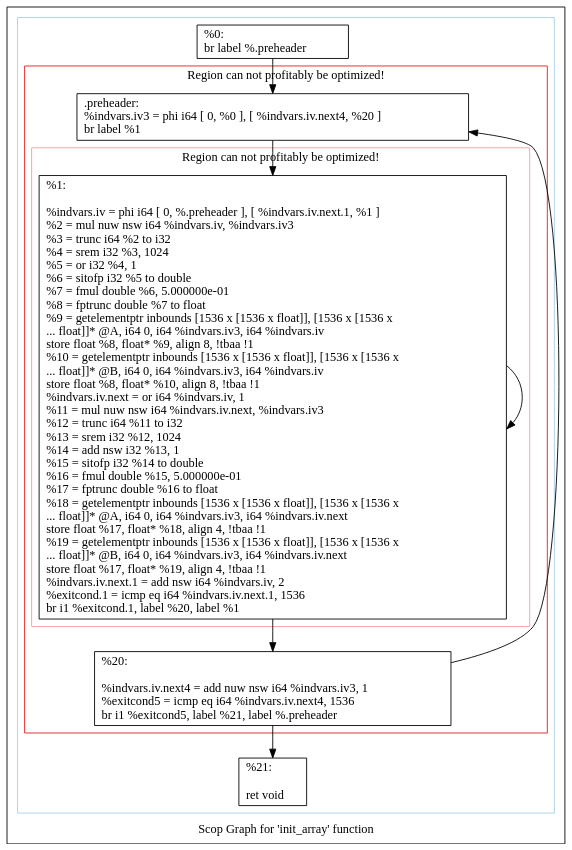
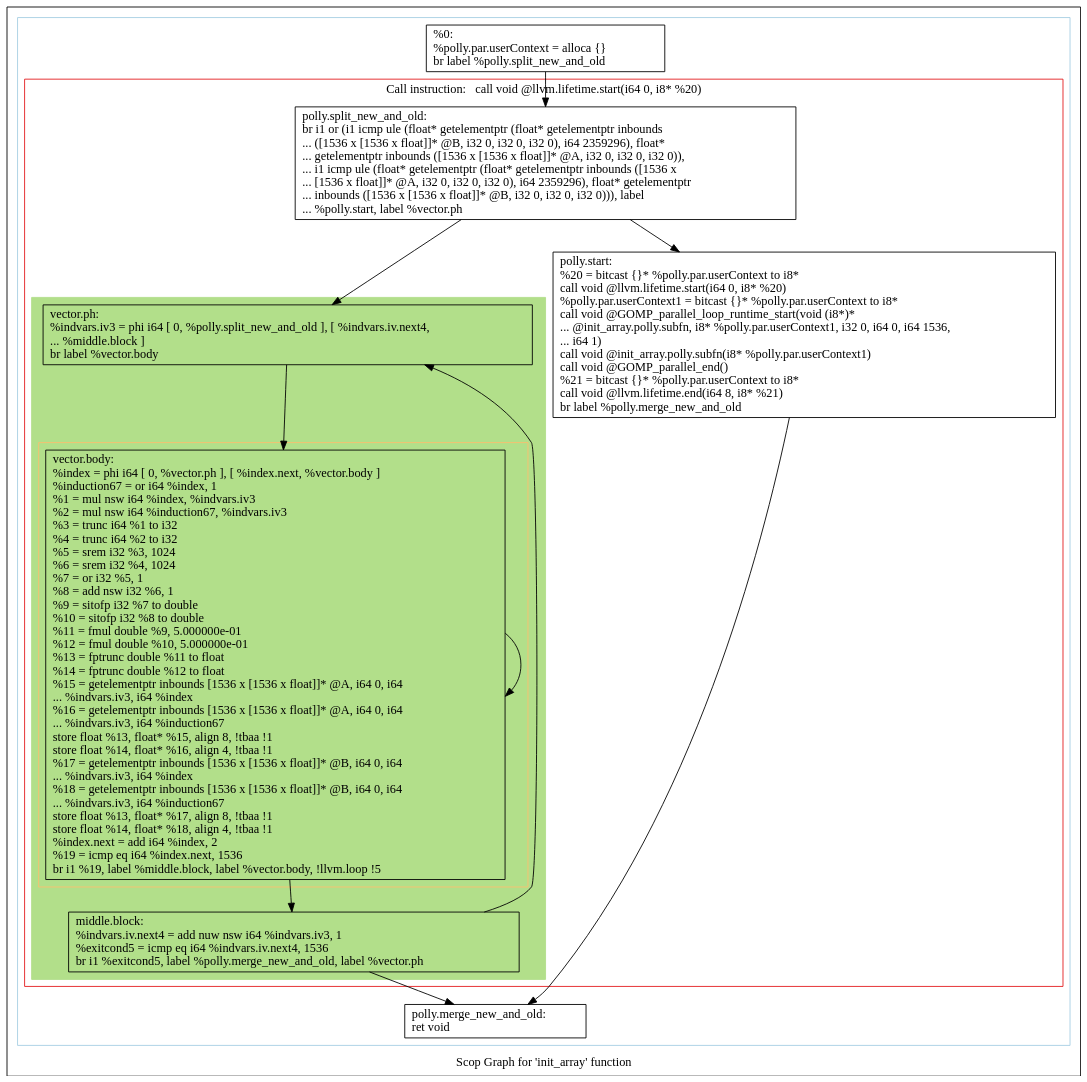
The diagram in matmul-polly/scops.init_array.dot (rogerioag/openmp-hook), drawn with Graphviz before and after one commit. The commit also changed 9 other files, not shown here.

```diff
--- a/matmul-polly/scops.init_array.dot
+++ b/matmul-polly/scops.init_array.dot
@@ -1,36 +1,47 @@
 digraph "Scop Graph for 'init_array' function" {
 	label="Scop Graph for 'init_array' function";
 
-	Node0x16244f0 [shape=record,label="{%0:\l  br label %.preheader\l}"];
-	Node0x16244f0 -> Node0x1624490;
-	Node0x1624490 [shape=record,label="{.preheader:                                       \l  %indvars.iv3 = phi i64 [ 0, %0 ], [ %indvars.iv.next4, %20 ]\l  br label %1\l}"];
-	Node0x1624490 -> Node0x1624b10;
-	Node0x1624b10 [shape=record,label="{%1:\l\l  %indvars.iv = phi i64 [ 0, %.preheader ], [ %indvars.iv.next.1, %1 ]\l  %2 = mul nuw nsw i64 %indvars.iv, %indvars.iv3\l  %3 = trunc i64 %2 to i32\l  %4 = srem i32 %3, 1024\l  %5 = or i32 %4, 1\l  %6 = sitofp i32 %5 to double\l  %7 = fmul double %6, 5.000000e-01\l  %8 = fptrunc double %7 to float\l  %9 = getelementptr inbounds [1536 x [1536 x float]], [1536 x [1536 x\l... float]]* @A, i64 0, i64 %indvars.iv3, i64 %indvars.iv\l  store float %8, float* %9, align 8, !tbaa !1\l  %10 = getelementptr inbounds [1536 x [1536 x float]], [1536 x [1536 x\l... float]]* @B, i64 0, i64 %indvars.iv3, i64 %indvars.iv\l  store float %8, float* %10, align 8, !tbaa !1\l  %indvars.iv.next = or i64 %indvars.iv, 1\l  %11 = mul nuw nsw i64 %indvars.iv.next, %indvars.iv3\l  %12 = trunc i64 %11 to i32\l  %13 = srem i32 %12, 1024\l  %14 = add nsw i32 %13, 1\l  %15 = sitofp i32 %14 to double\l  %16 = fmul double %15, 5.000000e-01\l  %17 = fptrunc double %16 to float\l  %18 = getelementptr inbounds [1536 x [1536 x float]], [1536 x [1536 x\l... float]]* @A, i64 0, i64 %indvars.iv3, i64 %indvars.iv.next\l  store float %17, float* %18, align 4, !tbaa !1\l  %19 = getelementptr inbounds [1536 x [1536 x float]], [1536 x [1536 x\l... float]]* @B, i64 0, i64 %indvars.iv3, i64 %indvars.iv.next\l  store float %17, float* %19, align 4, !tbaa !1\l  %indvars.iv.next.1 = add nsw i64 %indvars.iv, 2\l  %exitcond.1 = icmp eq i64 %indvars.iv.next.1, 1536\l  br i1 %exitcond.1, label %20, label %1\l}"];
-	Node0x1624b10 -> Node0x162eb10;
-	Node0x1624b10 -> Node0x1624b10[constraint=false];
-	Node0x162eb10 [shape=record,label="{%20:\l\l  %indvars.iv.next4 = add nuw nsw i64 %indvars.iv3, 1\l  %exitcond5 = icmp eq i64 %indvars.iv.next4, 1536\l  br i1 %exitcond5, label %21, label %.preheader\l}"];
-	Node0x162eb10 -> Node0x162e980;
-	Node0x162eb10 -> Node0x1624490[constraint=false];
-	Node0x162e980 [shape=record,label="{%21:\l\l  ret void\l}"];
+	Node0x2314520 [shape=record,label="{%0:\l  %polly.par.userContext = alloca \{\}\l  br label %polly.split_new_and_old\l}"];
+	Node0x2314520 -> Node0x2314540;
+	Node0x2314540 [shape=record,label="{polly.split_new_and_old:                          \l  br i1 or (i1 icmp ule (float* getelementptr (float* getelementptr inbounds\l... ([1536 x [1536 x float]]* @B, i32 0, i32 0, i32 0), i64 2359296), float*\l... getelementptr inbounds ([1536 x [1536 x float]]* @A, i32 0, i32 0, i32 0)),\l... i1 icmp ule (float* getelementptr (float* getelementptr inbounds ([1536 x\l... [1536 x float]]* @A, i32 0, i32 0, i32 0), i64 2359296), float* getelementptr\l... inbounds ([1536 x [1536 x float]]* @B, i32 0, i32 0, i32 0))), label\l... %polly.start, label %vector.ph\l}"];
+	Node0x2314540 -> Node0x2318bc0;
+	Node0x2314540 -> Node0x2318c20;
+	Node0x2318bc0 [shape=record,label="{polly.start:                                      \l  %20 = bitcast \{\}* %polly.par.userContext to i8*\l  call void @llvm.lifetime.start(i64 0, i8* %20)\l  %polly.par.userContext1 = bitcast \{\}* %polly.par.userContext to i8*\l  call void @GOMP_parallel_loop_runtime_start(void (i8*)*\l... @init_array.polly.subfn, i8* %polly.par.userContext1, i32 0, i64 0, i64 1536,\l... i64 1)\l  call void @init_array.polly.subfn(i8* %polly.par.userContext1)\l  call void @GOMP_parallel_end()\l  %21 = bitcast \{\}* %polly.par.userContext to i8*\l  call void @llvm.lifetime.end(i64 8, i8* %21)\l  br label %polly.merge_new_and_old\l}"];
+	Node0x2318bc0 -> Node0x2318c80;
+	Node0x2318c80 [shape=record,label="{polly.merge_new_and_old:                          \l  ret void\l}"];
+	Node0x2318c20 [shape=record,label="{vector.ph:                                        \l  %indvars.iv3 = phi i64 [ 0, %polly.split_new_and_old ], [ %indvars.iv.next4,\l... %middle.block ]\l  br label %vector.body\l}"];
+	Node0x2318c20 -> Node0x2318da0;
+	Node0x2318da0 [shape=record,label="{vector.body:                                      \l  %index = phi i64 [ 0, %vector.ph ], [ %index.next, %vector.body ]\l  %induction67 = or i64 %index, 1\l  %1 = mul nsw i64 %index, %indvars.iv3\l  %2 = mul nsw i64 %induction67, %indvars.iv3\l  %3 = trunc i64 %1 to i32\l  %4 = trunc i64 %2 to i32\l  %5 = srem i32 %3, 1024\l  %6 = srem i32 %4, 1024\l  %7 = or i32 %5, 1\l  %8 = add nsw i32 %6, 1\l  %9 = sitofp i32 %7 to double\l  %10 = sitofp i32 %8 to double\l  %11 = fmul double %9, 5.000000e-01\l  %12 = fmul double %10, 5.000000e-01\l  %13 = fptrunc double %11 to float\l  %14 = fptrunc double %12 to float\l  %15 = getelementptr inbounds [1536 x [1536 x float]]* @A, i64 0, i64\l... %indvars.iv3, i64 %index\l  %16 = getelementptr inbounds [1536 x [1536 x float]]* @A, i64 0, i64\l... %indvars.iv3, i64 %induction67\l  store float %13, float* %15, align 8, !tbaa !1\l  store float %14, float* %16, align 4, !tbaa !1\l  %17 = getelementptr inbounds [1536 x [1536 x float]]* @B, i64 0, i64\l... %indvars.iv3, i64 %index\l  %18 = getelementptr inbounds [1536 x [1536 x float]]* @B, i64 0, i64\l... %indvars.iv3, i64 %induction67\l  store float %13, float* %17, align 8, !tbaa !1\l  store float %14, float* %18, align 4, !tbaa !1\l  %index.next = add i64 %index, 2\l  %19 = icmp eq i64 %index.next, 1536\l  br i1 %19, label %middle.block, label %vector.body, !llvm.loop !5\l}"];
+	Node0x2318da0 -> Node0x2318e00;
+	Node0x2318da0 -> Node0x2318da0[constraint=false];
+	Node0x2318e00 [shape=record,label="{middle.block:                                     \l  %indvars.iv.next4 = add nuw nsw i64 %indvars.iv3, 1\l  %exitcond5 = icmp eq i64 %indvars.iv.next4, 1536\l  br i1 %exitcond5, label %polly.merge_new_and_old, label %vector.ph\l}"];
+	Node0x2318e00 -> Node0x2318c80;
+	Node0x2318e00 -> Node0x2318c20[constraint=false];
 	colorscheme = "paired12"
-        subgraph cluster_0x16242e0 {
+        subgraph cluster_0x2314480 {
           label = "";
           style = solid;
           color = 1
-          subgraph cluster_0x1624db0 {
-            label = "Region can not profitably be optimized!";
+          subgraph cluster_0x23150f0 {
+            label = "Call instruction:   call void @llvm.lifetime.start(i64 0, i8* %20)";
             style = solid;
             color = 6
-            subgraph cluster_0x1624510 {
-              label = "Region can not profitably be optimized!";
-              style = solid;
-              color = 5
-              Node0x1624b10;
+            subgraph cluster_0x2315070 {
+              label = "";
+              style = filled;
+              color = 3              subgraph cluster_0x2314be0 {
+                label = "";
+                style = solid;
+                color = 7
+                Node0x2318da0;
+              }
+              Node0x2318c20;
+              Node0x2318e00;
             }
-            Node0x1624490;
-            Node0x162eb10;
+            Node0x2314540;
+            Node0x2318bc0;
           }
-          Node0x16244f0;
-          Node0x162e980;
+          Node0x2314520;
+          Node0x2318c80;
         }
 }
```
